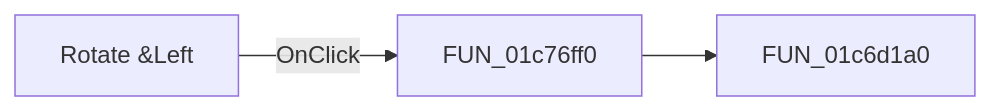
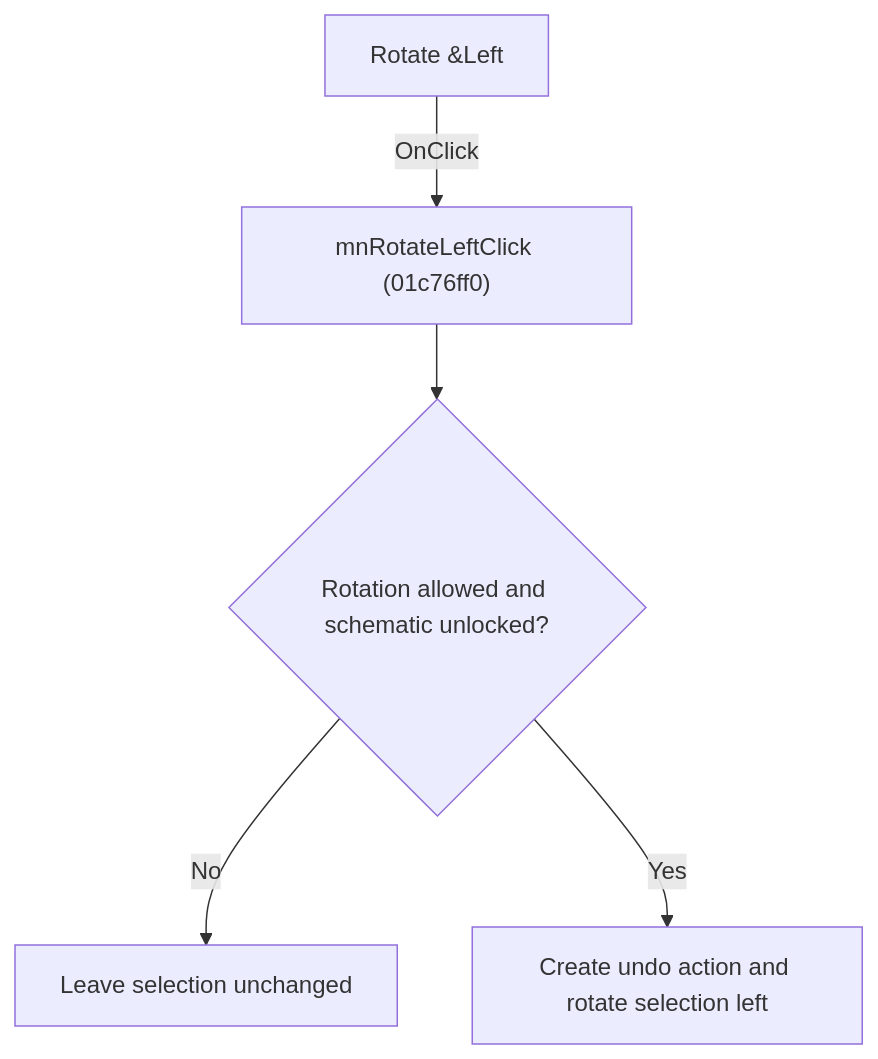
One commit to MovGP0/TIARA changed the diagram in docs/ui-controls/schematiceditor/mnrotateleft-5b2edce70c.md. Above: the diagram before and after it, drawn with Mermaid. The commit also changed other lines of this file and 1062 other files, not shown here.

````diff
--- a/docs/ui-controls/schematiceditor/mnrotateleft-5b2edce70c.md
+++ b/docs/ui-controls/schematiceditor/mnrotateleft-5b2edce70c.md
@@ -27,5 +27,7 @@
 ```mermaid
-flowchart LR
-    control["Rotate &Left"] -->|OnClick| handler["FUN_01c76ff0"]
-    handler --> call1["FUN_01c6d1a0"]
+flowchart TD
+    control["Rotate &Left"] -->|"OnClick"| handler["mnRotateLeftClick (01c76ff0)"]
+    handler --> guard{"Rotation allowed and schematic unlocked?"}
+    guard -->|"No"| noChange["Leave selection unchanged"]
+    guard -->|"Yes"| action["Create undo action and rotate selection left"]
 ```
````
